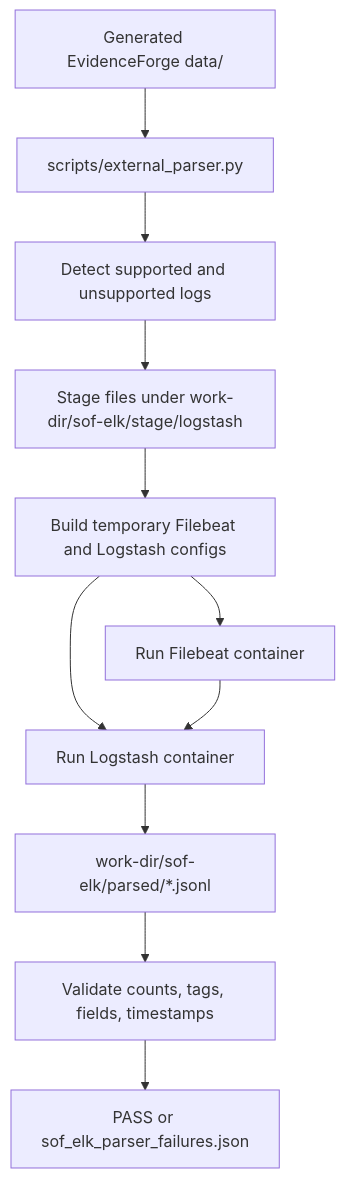
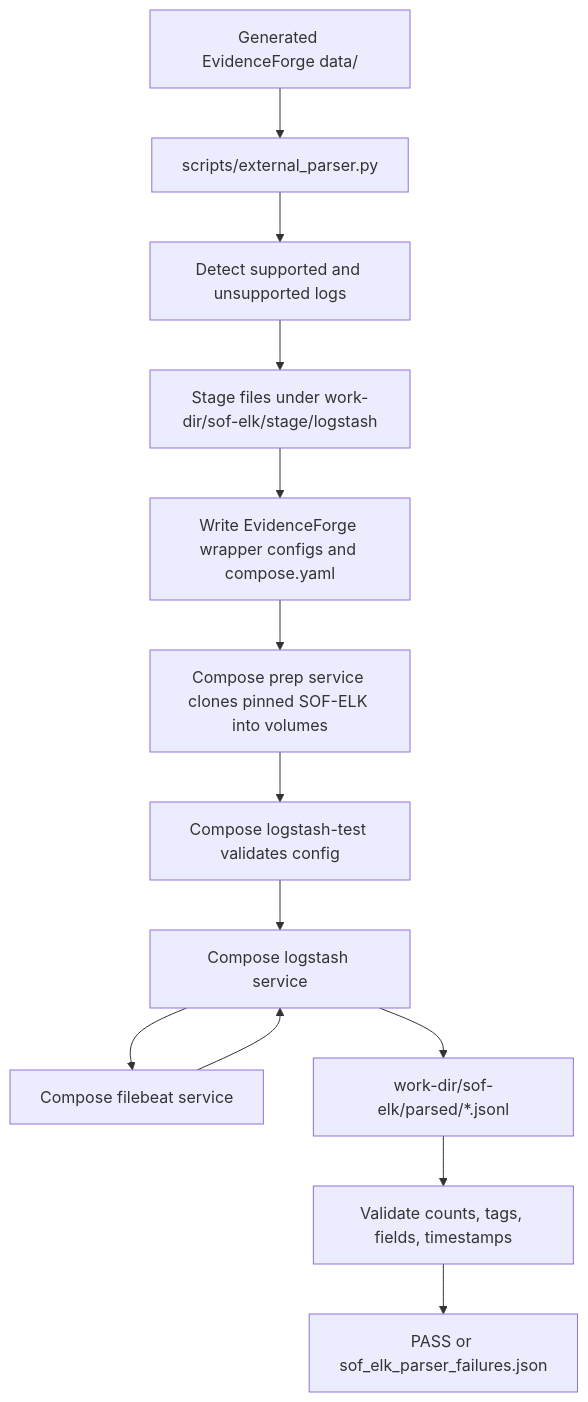
One commit to Cisco-Talos/EvidenceForge changed the diagram in docs/external-parser-validation/sof-elk-harness.md. Above: the diagram before and after it, drawn with Mermaid. The commit also changed other lines of this file and 15 other files, not shown here.

Commit message:
refactor: run external parser harness through compose

````diff
--- a/docs/external-parser-validation/sof-elk-harness.md
+++ b/docs/external-parser-validation/sof-elk-harness.md
@@ -11,13 +16,15 @@
 ```mermaid
 flowchart TD
     A["Generated EvidenceForge data/"] --> B["scripts/external_parser.py"]
     B --> C["Detect supported and unsupported logs"]
     C --> D["Stage files under work-dir/sof-elk/stage/logstash"]
-    D --> E["Build temporary Filebeat and Logstash configs"]
-    E --> F["Run Logstash container"]
-    E --> G["Run Filebeat container"]
-    G --> F
-    F --> H["work-dir/sof-elk/parsed/*.jsonl"]
-    H --> I["Validate counts, tags, fields, timestamps"]
-    I --> J["PASS or sof_elk_parser_failures.json"]
+    D --> E["Write EvidenceForge wrapper configs and compose.yaml"]
+    E --> F["Compose prep service clones pinned SOF-ELK into volumes"]
+    F --> G["Compose logstash-test validates config"]
+    G --> H["Compose logstash service"]
+    H --> I["Compose filebeat service"]
+    I --> H
+    H --> J["work-dir/sof-elk/parsed/*.jsonl"]
+    J --> K["Validate counts, tags, fields, timestamps"]
+    K --> L["PASS or sof_elk_parser_failures.json"]
 ```
````
